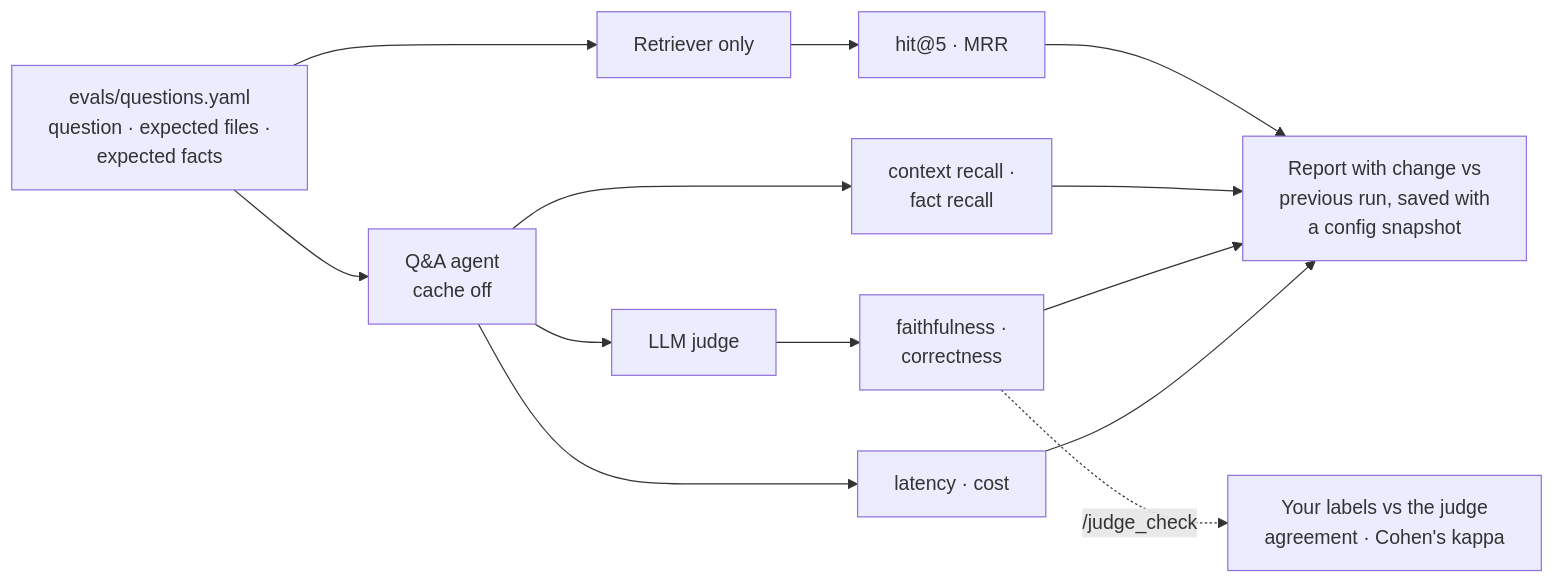
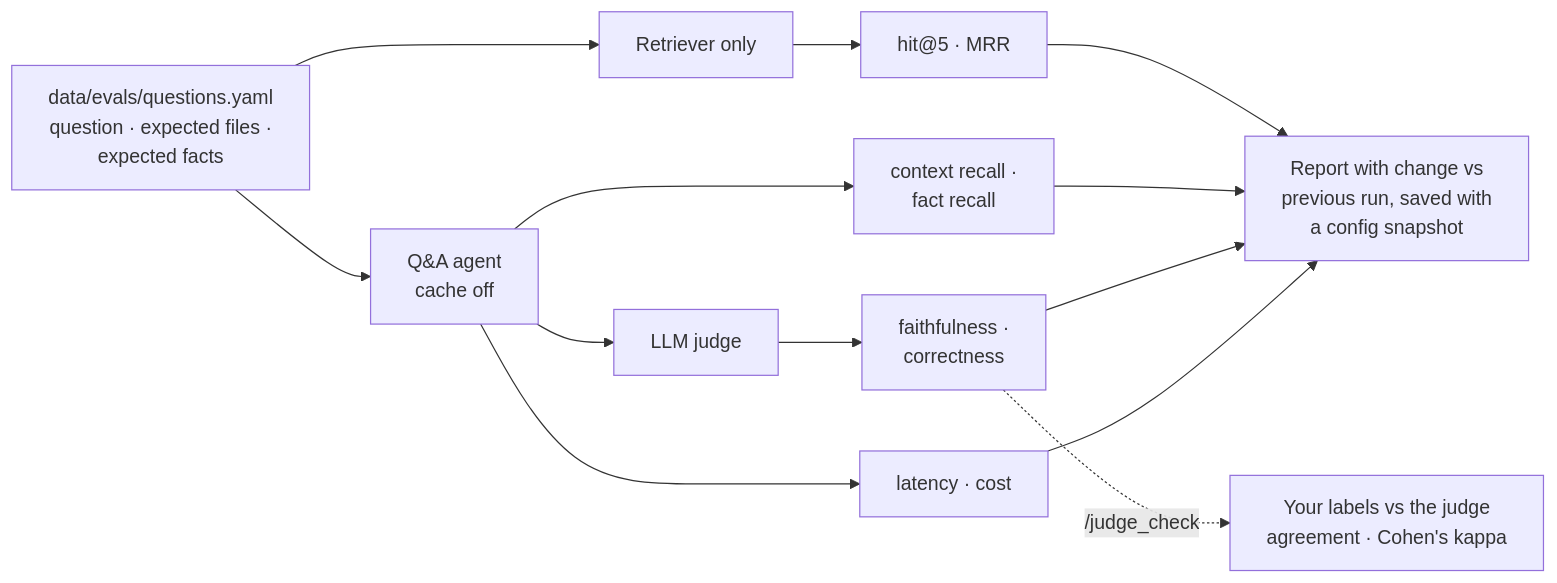
Before and after one commit to Parth-Babariya/RepoPilot: the eighth of 9 diagrams in README.md, drawn with Mermaid. The commit also changed other lines of this file and 120 other files, not shown here.

````diff
--- a/README.md
+++ b/README.md
@@ -287,14 +288,14 @@
 ```mermaid
 flowchart LR
-    qs["evals/questions.yaml<br/>question · expected files ·<br/>expected facts"]
+    qs["data/evals/questions.yaml<br/>question · expected files ·<br/>expected facts"]
     qs --> ret["Retriever only"] --> m1["hit@5 · MRR"]
     qs --> agent["Q&A agent<br/>cache off"]
     agent --> m2["context recall ·<br/>fact recall"]
     agent --> judge["LLM judge"] --> m3["faithfulness ·<br/>correctness"]
     agent --> m4["latency · cost"]
     m1 --> rep["Report with change vs<br/>previous run, saved with<br/>a config snapshot"]
     m2 --> rep
     m3 --> rep
     m4 --> rep
     m3 -. "/judge_check" .-> jc["Your labels vs the judge<br/>agreement · Cohen's kappa"]
 ```
````
